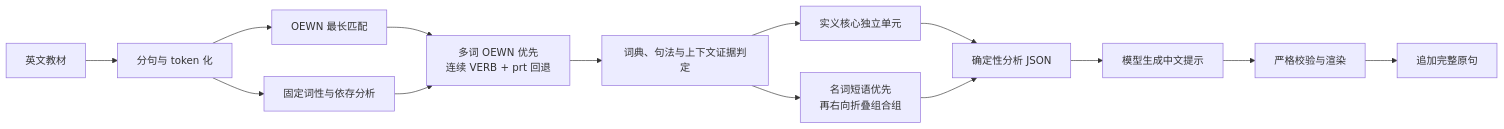
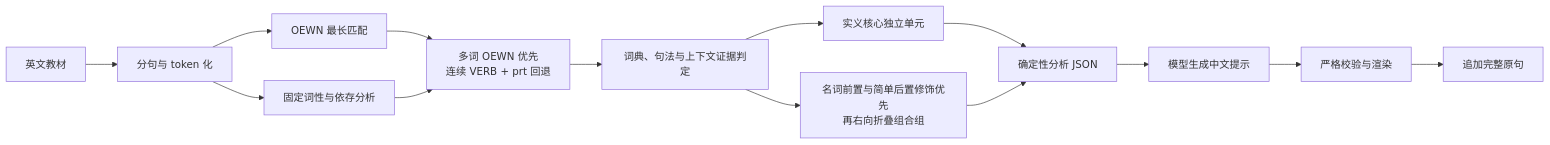
The diagram in docs/lexical-chunks-tooling.md (ReinerLau/earthworm), drawn with Mermaid before and after one commit. The commit also changed other lines of this file and 5 other files, not shown here.

````diff
--- a/docs/lexical-chunks-tooling.md
+++ b/docs/lexical-chunks-tooling.md
@@ -195,16 +200,16 @@
 ```mermaid
 flowchart LR
     A[英文教材] --> B[分句与 token 化]
     B --> C[OEWN 最长匹配]
     B --> D[固定词性与依存分析]
     C --> E[多词 OEWN 优先<br/>连续 VERB + prt 回退]
     D --> E
     E --> F[词典、句法与上下文证据判定]
     F --> G[实义核心独立单元]
-    F --> H[名词短语优先<br/>再右向折叠组合组]
+    F --> H[名词前置与简单后置修饰优先<br/>再右向折叠组合组]
     G --> I[确定性分析 JSON]
     H --> I
     I --> J[模型生成中文提示]
     J --> K[严格校验与渲染]
     K --> L[追加完整原句]
 ```
````
